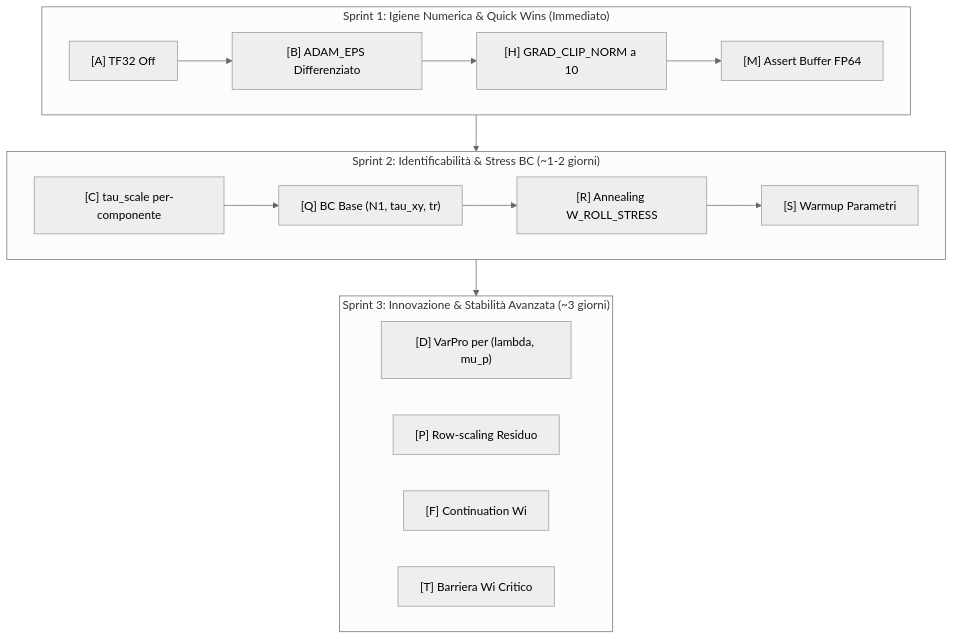
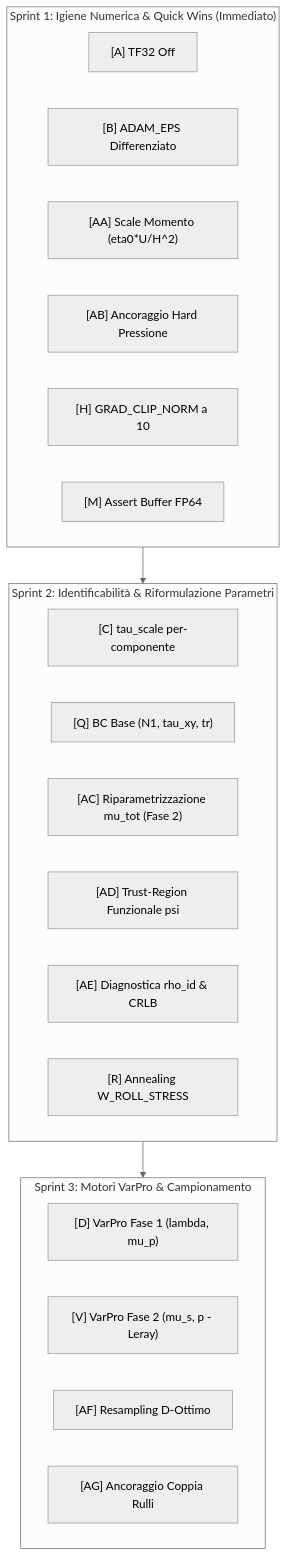
The second of 2 diagrams in tools/pinn_advisor/reports/Actionable_analysis.md (Eaglw/PINN-tesi), drawn with Mermaid (neutral theme) before and after one commit. The commit also changed other lines of this file and 2 other files, not shown here.

````diff
--- a/tools/pinn_advisor/reports/Actionable_analysis.md
+++ b/tools/pinn_advisor/reports/Actionable_analysis.md
@@ -401,23 +235,29 @@
 ```mermaid
 flowchart TD
     subgraph S1["Sprint 1: Igiene Numerica & Quick Wins (Immediato)"]
-        A["[A] TF32 Off"] --> B["[B] ADAM_EPS Differenziato"]
-        B --> H["[H] GRAD_CLIP_NORM a 10"]
-        H --> M["[M] Assert Buffer FP64"]
+        A["[A] TF32 Off"]
+        B["[B] ADAM_EPS Differenziato"]
+        AA["[AA] Scale Momento (eta0*U/H^2)"]
+        AB["[AB] Ancoraggio Hard Pressione"]
+        H["[H] GRAD_CLIP_NORM a 10"]
+        M["[M] Assert Buffer FP64"]
     end
 
-    subgraph S2["Sprint 2: Identificabilità & Stress BC (~1-2 giorni)"]
-        C["[C] tau_scale per-componente"] --> Q["[Q] BC Base (N1, tau_xy, tr)"]
-        Q --> R["[R] Annealing W_ROLL_STRESS"]
-        R --> S["[S] Warmup Parametri"]
+    subgraph S2["Sprint 2: Identificabilità & Riformulazione Parametri"]
+        C["[C] tau_scale per-componente"]
+        Q["[Q] BC Base (N1, tau_xy, tr)"]
+        AC["[AC] Riparametrizzazione mu_tot (Fase 2)"]
+        AD["[AD] Trust-Region Funzionale psi"]
+        AE["[AE] Diagnostica rho_id & CRLB"]
+        R["[R] Annealing W_ROLL_STRESS"]
     end
 
-    subgraph S3["Sprint 3: Innovazione & Stabilità Avanzata (~3 giorni)"]
-        D["[D] VarPro per (lambda, mu_p)"]
-        P["[P] Row-scaling Residuo"]
-        F["[F] Continuation Wi"]
-        T["[T] Barriera Wi Critico"]
+    subgraph S3["Sprint 3: Motori VarPro & Campionamento"]
+        D["[D] VarPro Fase 1 (lambda, mu_p)"]
+        V["[V] VarPro Fase 2 (mu_s, p - Leray)"]
+        AF["[AF] Resampling D-Ottimo"]
+        AG["[AG] Ancoraggio Coppia Rulli"]
     end
 
     S1 --> S2 --> S3
 ```
````
